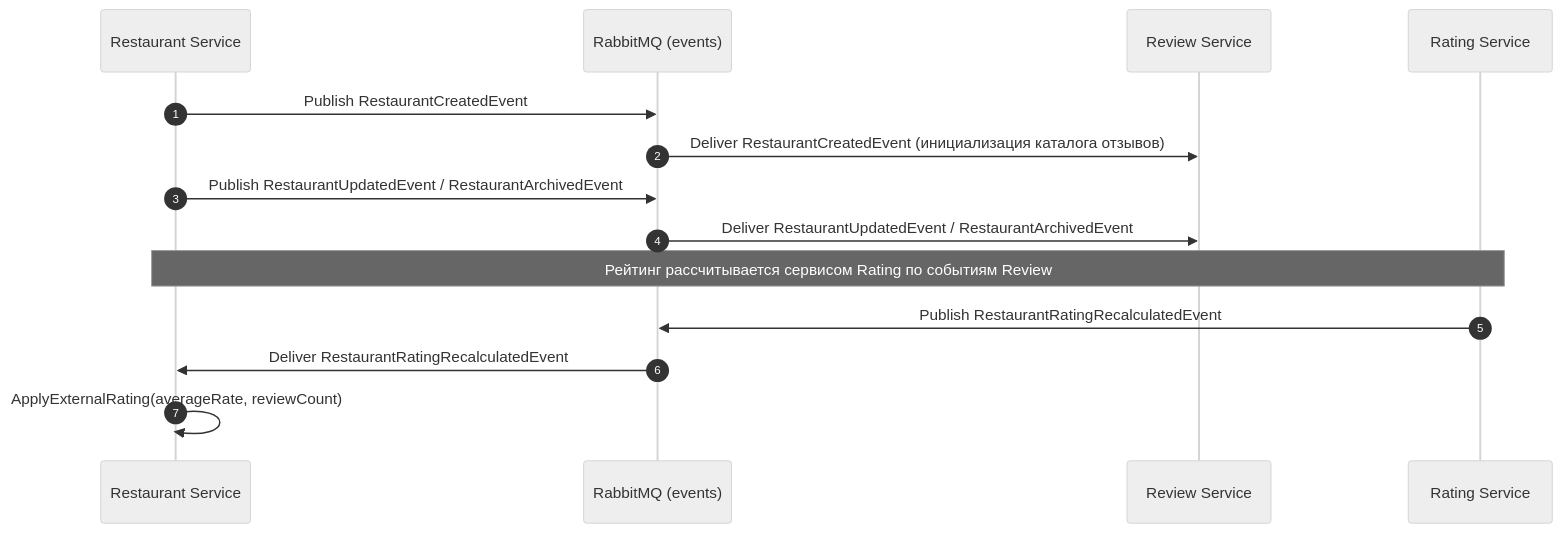
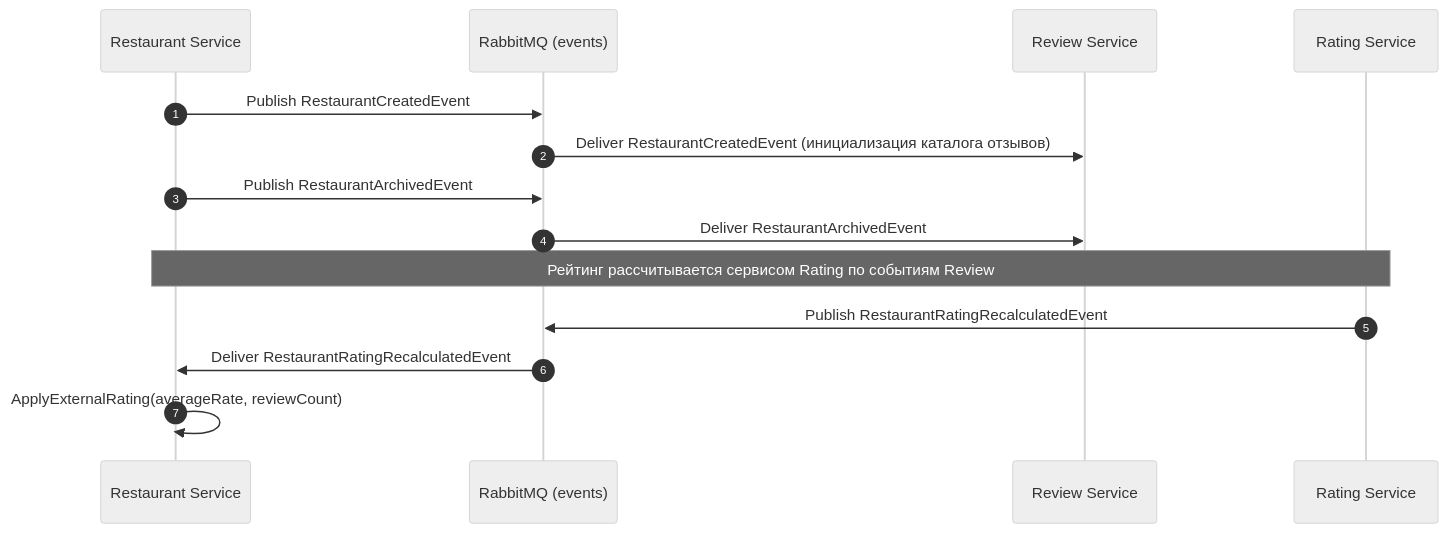
One commit to bagermoon/otuscode changed the second of 2 diagrams in docs/services/RestaurantService.md. Above: the diagram before and after it, drawn with Mermaid (neutral theme). The commit also changed other lines of this file and 10 other files, not shown here.

Commit message:
feat: Update restaurant event contracts and introduce RestaurantStatus enum

````diff
--- a/docs/services/RestaurantService.md
+++ b/docs/services/RestaurantService.md
@@ -116,20 +118,20 @@
 ```mermaid
 sequenceDiagram
     autonumber
     participant RS as Restaurant Service
     participant MQ as RabbitMQ (events)
     participant RV as Review Service
     participant RT as Rating Service
 
     RS->>MQ: Publish RestaurantCreatedEvent
     MQ->>RV: Deliver RestaurantCreatedEvent (инициализация каталога отзывов)
 
-    RS->>MQ: Publish RestaurantUpdatedEvent / RestaurantArchivedEvent
-    MQ->>RV: Deliver RestaurantUpdatedEvent / RestaurantArchivedEvent
+    RS->>MQ: Publish RestaurantArchivedEvent
+    MQ->>RV: Deliver RestaurantArchivedEvent
 
     note over RS,RT: Рейтинг рассчитывается сервисом Rating по событиям Review
 
     RT->>MQ: Publish RestaurantRatingRecalculatedEvent
     MQ->>RS: Deliver RestaurantRatingRecalculatedEvent
     RS->>RS: ApplyExternalRating(averageRate, reviewCount)
 ```
````
